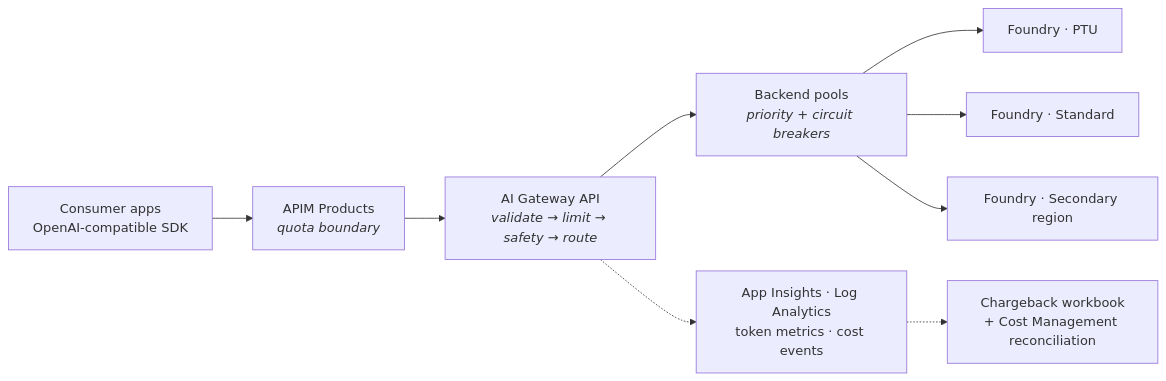
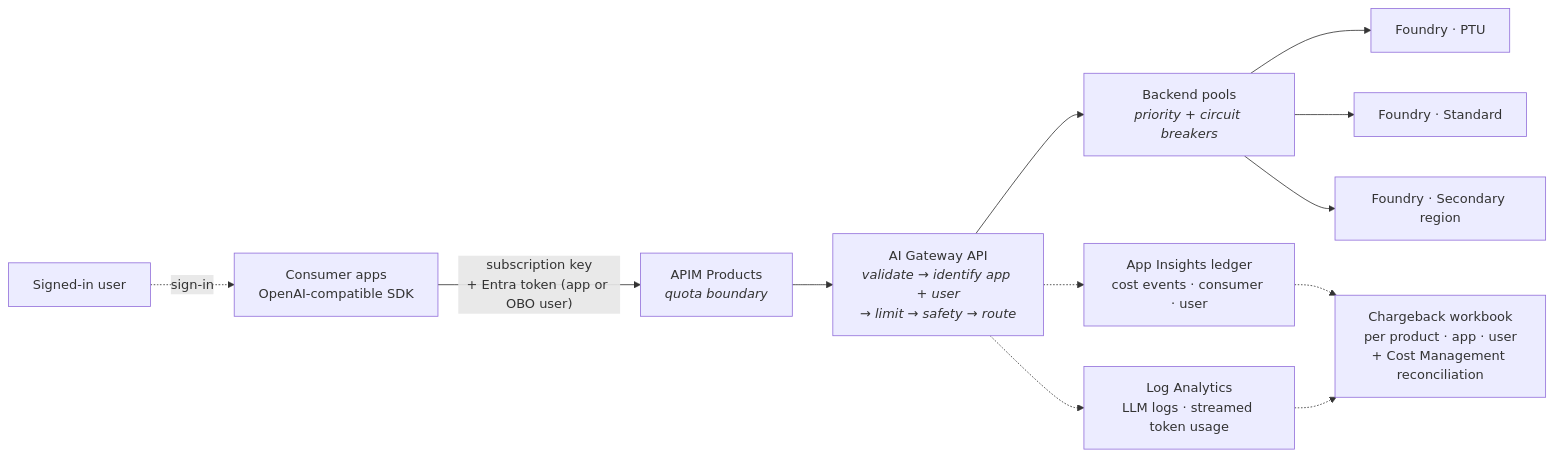
The diagram in README.md (muazuisah/azure-ai-gateway-cost-attribution), drawn with Mermaid before and after one commit. The commit also changed other lines of this file and 31 other files, not shown here.

First line of the commit message:
Add per-user cost attribution via On-Behalf-Of tokens (#11)

````diff
--- a/README.md
+++ b/README.md
@@ -49,11 +50,14 @@
 ```mermaid
 flowchart LR
-    C["Consumer apps<br/>OpenAI-compatible SDK"] --> P["APIM Products<br/><i>quota boundary</i>"]
-    P --> G["AI Gateway API<br/><i>validate → limit → safety → route</i>"]
+    U["Signed-in user"] -. "sign-in" .-> C
+    C["Consumer apps<br/>OpenAI-compatible SDK"] -- "subscription key<br/>+ Entra token (app or OBO user)" --> P["APIM Products<br/><i>quota boundary</i>"]
+    P --> G["AI Gateway API<br/><i>validate → identify app + user<br/>→ limit → safety → route</i>"]
     G --> POOL["Backend pools<br/><i>priority + circuit breakers</i>"]
     POOL --> F1["Foundry · PTU"]
     POOL --> F2["Foundry · Standard"]
     POOL --> F3["Foundry · Secondary region"]
-    G -.-> O["App Insights · Log Analytics<br/>token metrics · cost events"]
-    O -.-> CB["Chargeback workbook<br/>+ Cost Management reconciliation"]
+    G -.-> O["App Insights ledger<br/>cost events · consumer · user"]
+    G -.-> L["Log Analytics<br/>LLM logs · streamed token usage"]
+    O -.-> CB["Chargeback workbook<br/>per product · app · user<br/>+ Cost Management reconciliation"]
+    L -.-> CB
 ```
````
